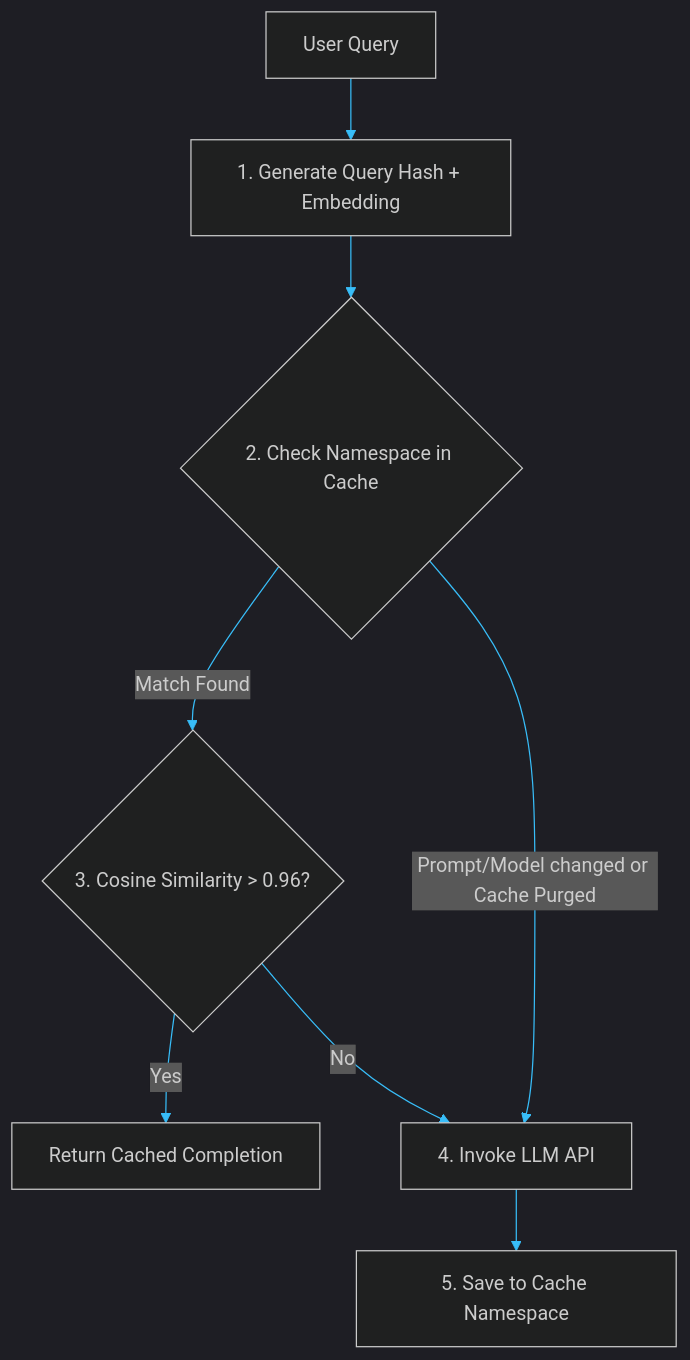
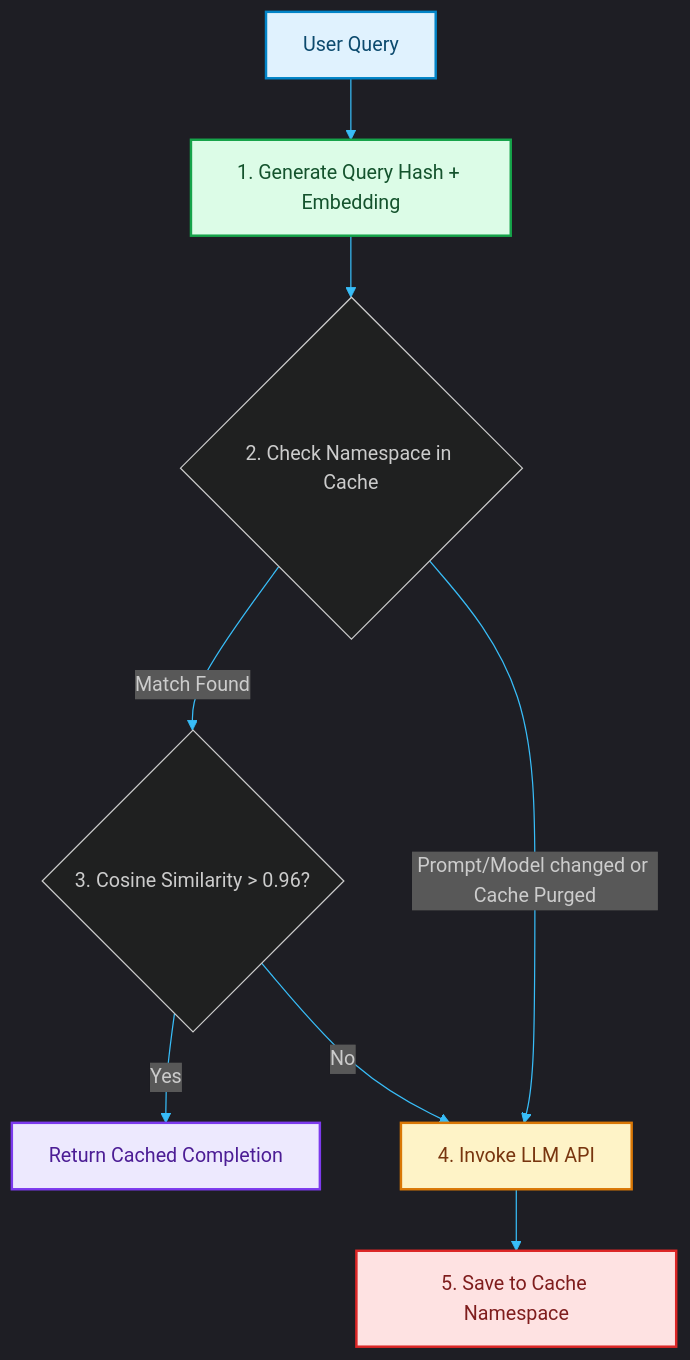
Before and after one commit to akmalkhaniub/akmalkhaniub.github.io: the diagram in blog/posts/semantic-cache-eviction-strategies.md, drawn with Mermaid. The commit also changed other lines of this file and 1291 other files, not shown here.

First line of the commit message:
feat(catalog): unique covers, scholarly references, and diagram palettes

````diff
--- a/blog/posts/semantic-cache-eviction-strategies.md
+++ b/blog/posts/semantic-cache-eviction-strategies.md
@@ -15,13 +15,24 @@
 ```mermaid
 %%{init: {'theme': 'dark', 'themeVariables': { 'primaryColor': '#38bdf8', 'primaryTextColor': '#f3f4f6', 'primaryBorderColor': '#0ea5e9', 'lineColor': '#38bdf8', 'secondaryColor': '#111827', 'tertiaryColor': '#0b0f19'}}}%%
 flowchart TD
-    Query[User Query] --> HashGen[1. Generate Query Hash + Embedding]
+    Query["User Query"] --> HashGen["1. Generate Query Hash + Embedding"]
     HashGen --> CheckNamespace{2. Check Namespace in Cache}
     
     CheckNamespace -- Match Found --> Similarity{3. Cosine Similarity > 0.96?}
-    Similarity -- Yes --> ReturnCache[Return Cached Completion]
-    Similarity -- No --> CallLLM[4. Invoke LLM API]
+    Similarity -- Yes --> ReturnCache["Return Cached Completion"]
+    Similarity -- No --> CallLLM["4. Invoke LLM API"]
     
     CheckNamespace -- Prompt/Model changed or Cache Purged --> CallLLM
-    CallLLM --> SaveCache[5. Save to Cache Namespace]
+    CallLLM --> SaveCache["5. Save to Cache Namespace"]
+
+classDef green fill:#dcfce7,stroke:#16a34a,stroke-width:2px,color:#14532d;
+classDef red fill:#fee2e2,stroke:#dc2626,stroke-width:2px,color:#7f1d1d;
+classDef blue fill:#e0f2fe,stroke:#0284c7,stroke-width:2px,color:#0c4a6e;
+classDef yellow fill:#fef3c7,stroke:#d97706,stroke-width:2px,color:#78350f;
+classDef purple fill:#ede9fe,stroke:#7c3aed,stroke-width:2px,color:#4c1d95;
+class Query blue
+class HashGen green
+class ReturnCache purple
+class CallLLM yellow
+class SaveCache red
 ```
````
